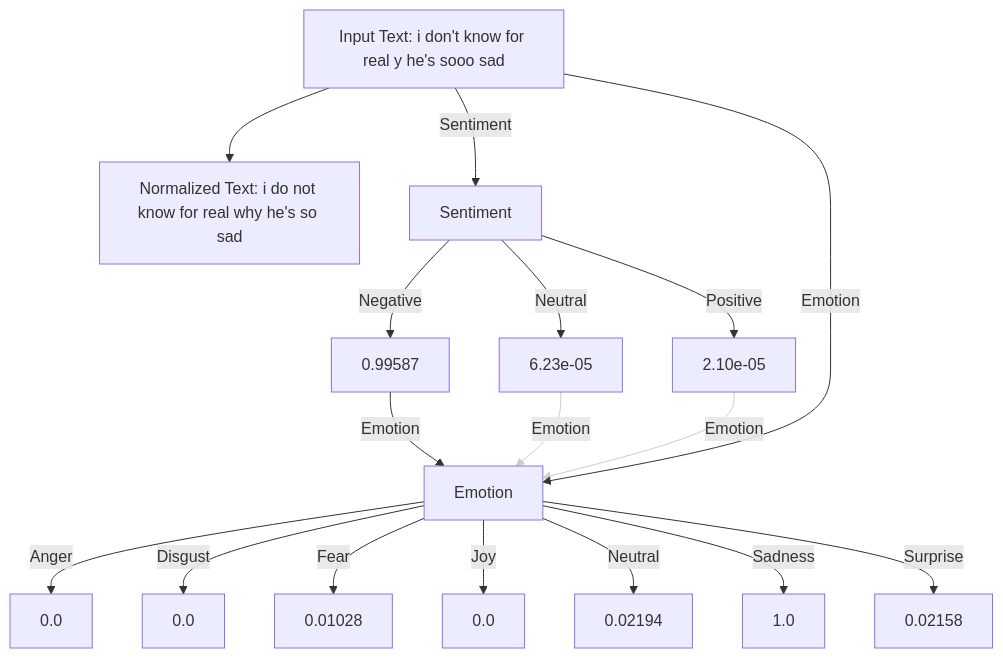
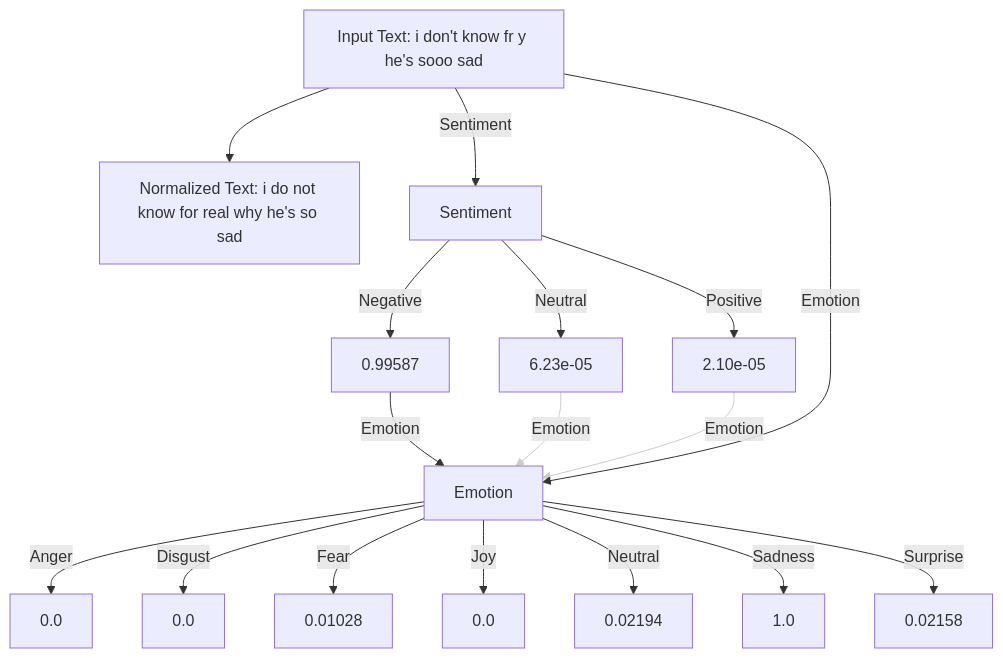
Before and after one commit to ArchismanKarmakar/Tachygraphy-Microtext-Analysis-And-Normalization: the first of 3 diagrams in README.md, drawn with Mermaid.

````diff
--- a/README.md
+++ b/README.md
@@ -65,37 +65,37 @@
 ```mermaid
 graph TD;
     %% Input and normalized text nodes
-    A["Input Text: i don't know for real y he's sooo sad"]
+    A["Input Text: i don't know fr y he's sooo sad"]
     B["Normalized Text: i do not know for real why he's so sad"]
     C["Sentiment"]
 
     A --> B
     A -->|Sentiment| C
 
     %% Sentiment value nodes (values inside the boxes)
     C -->|Negative| D["0.99587"]
     C -->|Neutral| E["6.23e-05"]
     C -->|Positive| F["2.10e-05"]
 
     %% Converge sentiment nodes to Emotion stage
     D -->|Emotion| G
     E -->|Emotion| G
     F -->|Emotion| G
 
     G["Emotion"]
 
     %% Emotion nodes: arrow labels show emotion category; node boxes show numeric values.
     G -->|Anger| H["0.0"]
     G -->|Disgust| I["0.0"]
     G -->|Fear| J["0.01028"]
     G -->|Joy| K["0.0"]
     G -->|Neutral| L["0.02194"]
     G -->|Sadness| M["1.0"]
     G -->|Surprise| N["0.02158"]
     A -->|Emotion| G
 
 %% Style the Neutral and Positive sentiment arrows with a lighter stroke.
 linkStyle 6 stroke:#cccccc, stroke-width:1px;
 linkStyle 7 stroke:#cccccc, stroke-width:1px;
 
 ```
````
